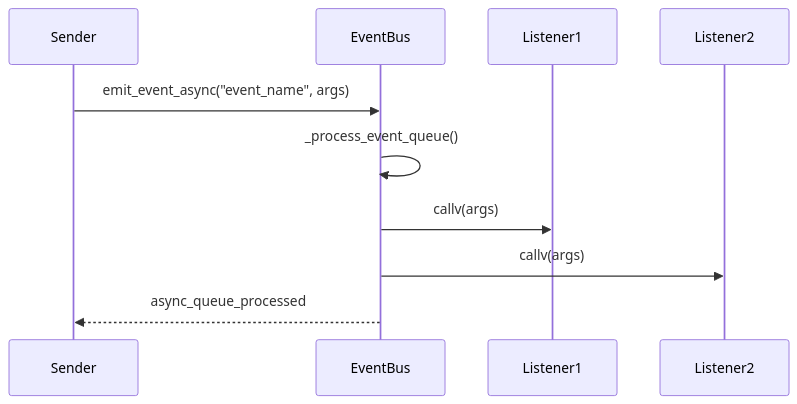
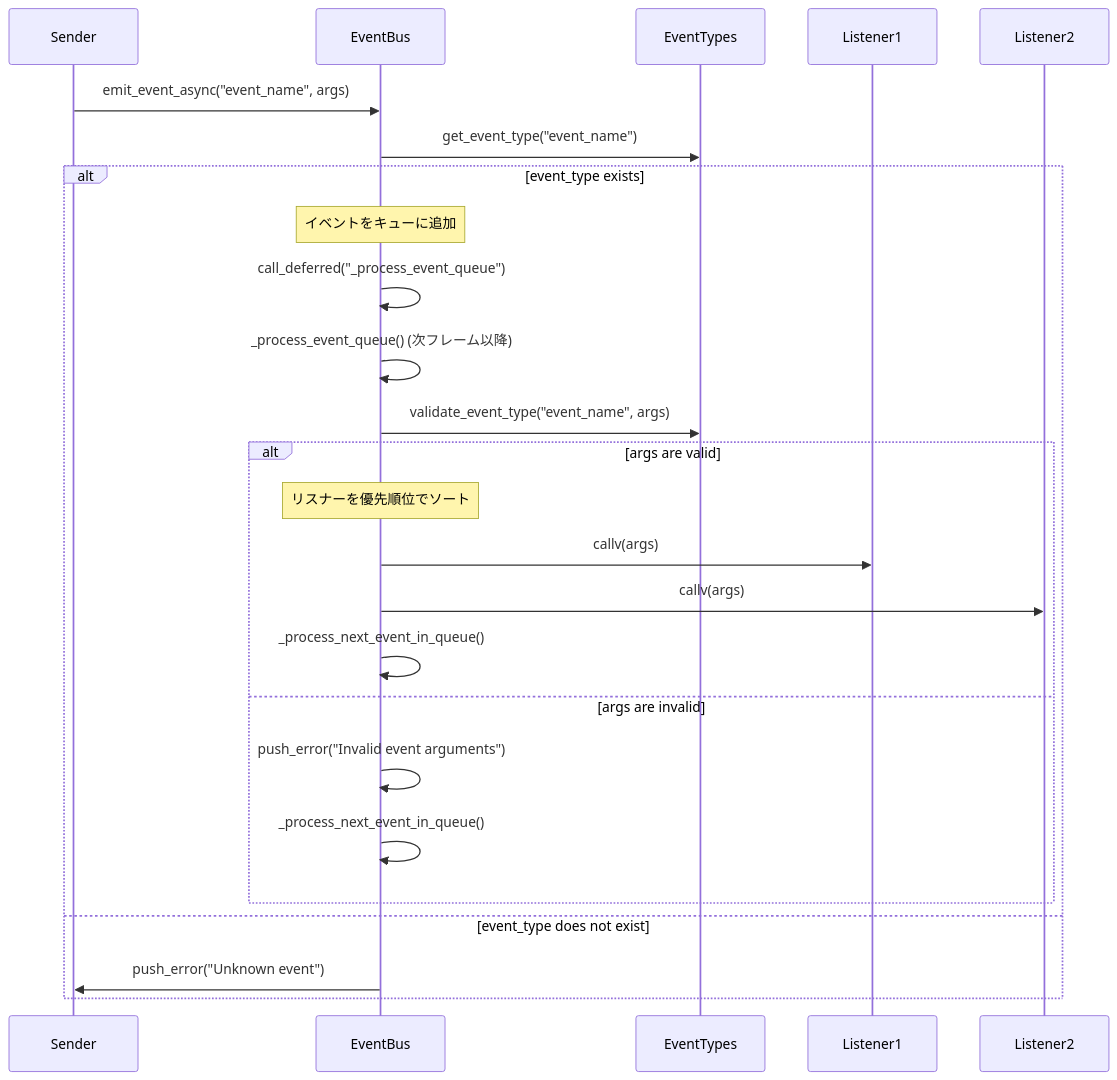
The third of 3 diagrams in Docs/10_CoreDocs/15_ImplementationSpecs/15.2_EventBus.md (nel2116/GodotGame), drawn with Mermaid before and after one commit. The commit also changed other lines of this file and 65 other files, not shown here.

````diff
--- a/Docs/10_CoreDocs/15_ImplementationSpecs/15.2_EventBus.md
+++ b/Docs/10_CoreDocs/15_ImplementationSpecs/15.2_EventBus.md
@@ -206,13 +249,28 @@
 ```mermaid
 sequenceDiagram
     participant Sender
     participant EventBus
+    participant EventTypes
     participant Listener1
     participant Listener2
 
     Sender->>EventBus: emit_event_async("event_name", args)
-    EventBus->>EventBus: _process_event_queue()
-    EventBus->>Listener1: callv(args)
-    EventBus->>Listener2: callv(args)
-    EventBus-->>Sender: async_queue_processed
+    EventBus->>EventTypes: get_event_type("event_name")
+    alt event_type exists
+        Note over EventBus: イベントをキューに追加
+        EventBus->>EventBus: call_deferred("_process_event_queue")
+        EventBus->>EventBus: _process_event_queue() (次フレーム以降)
+        EventBus->>EventTypes: validate_event_type("event_name", args)
+        alt args are valid
+            Note over EventBus: リスナーを優先順位でソート
+            EventBus->>Listener1: callv(args)
+            EventBus->>Listener2: callv(args)
+            EventBus->>EventBus: _process_next_event_in_queue()
+        else args are invalid
+            EventBus->>EventBus: push_error("Invalid event arguments")
+            EventBus->>EventBus: _process_next_event_in_queue()
+        end
+    else event_type does not exist
+        EventBus->>Sender: push_error("Unknown event")
+    end
 ```
````
